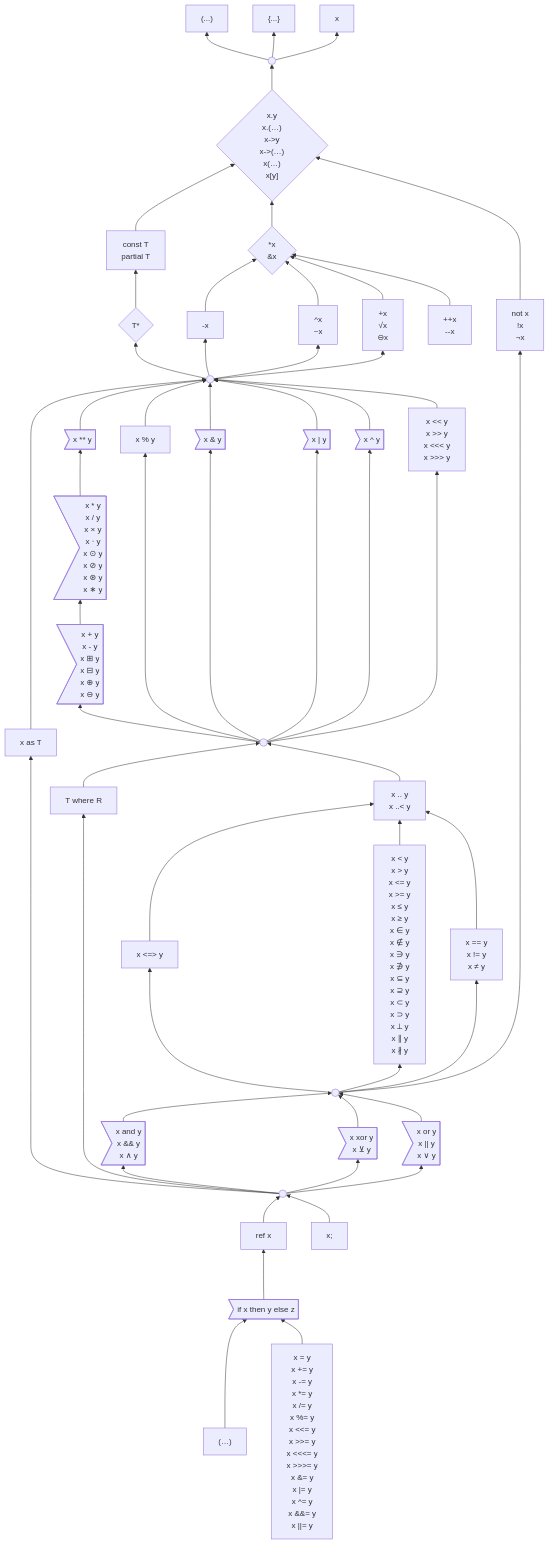
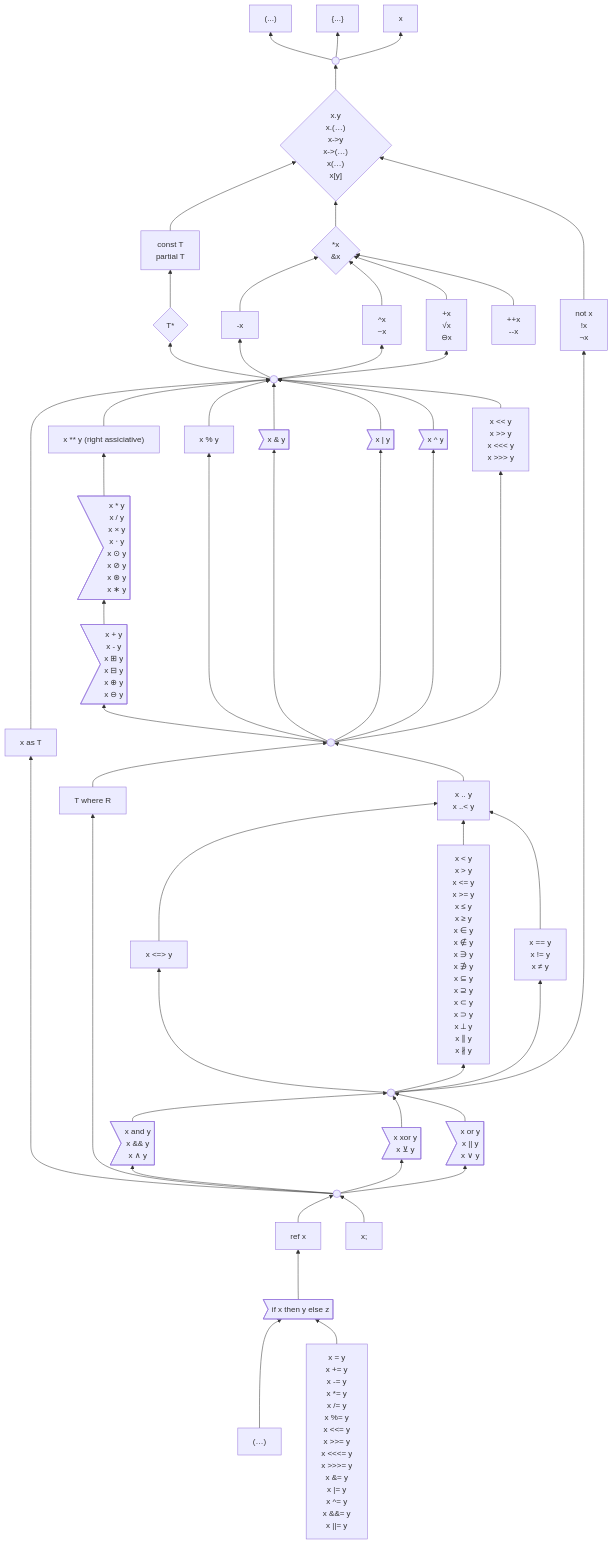
Before and after one commit to laro/Cilia: the diagram in 6 .../2 Unfinished Ideas.md, drawn with Mermaid.

Commit message:
Update 2 Unfinished Ideas.md

```diff
--- a/6 .../2 Unfinished Ideas.md
+++ b/6 .../2 Unfinished Ideas.md
@@ -198,7 +198,7 @@
     as["x as T"]
     click as "https://github.com/carbon-language/carbon-lang/blob/trunk/docs/design/expressions/implicit_conversions.md"
 
-    power>"x ** y"]
+    power["x ** y (right assiciative)"]
 
     multiplication>"x * y
                     x / y
```
